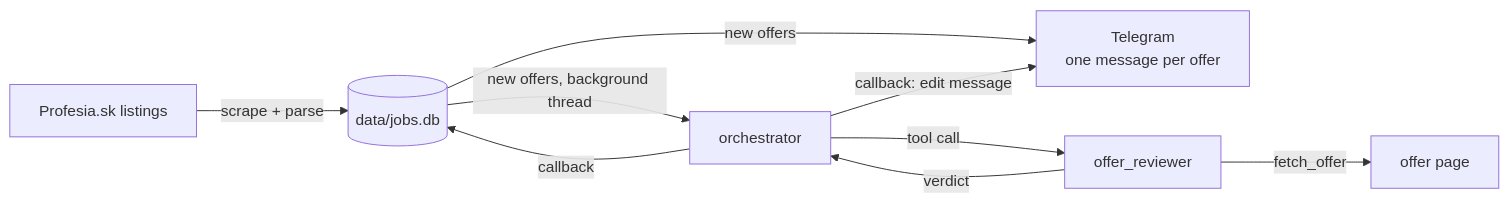
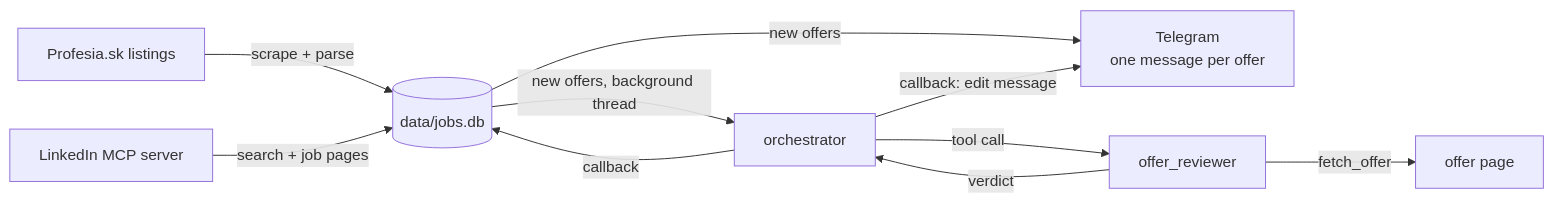
Before and after one commit to hopeless-soul/profesia-job-monitor: the diagram in README.md, drawn with Mermaid. The commit also changed other lines of this file and 17 other files, not shown here.

First line of the commit message:
Add LinkedIn job source via MCP server and retry rate-limited offer fetches

````diff
--- a/README.md
+++ b/README.md
@@ -278,11 +313,12 @@
 ```mermaid
 flowchart LR
     P[Profesia.sk listings] -->|scrape + parse| S[(data/jobs.db)]
+    L[LinkedIn MCP server] -->|search + job pages| S
     S -->|new offers| T[Telegram<br/>one message per offer]
     S -->|new offers, background thread| O[orchestrator]
     O -->|tool call| R[offer_reviewer]
     R -->|fetch_offer| W[offer page]
     R -->|verdict| O
     O -->|callback| S
     O -->|callback: edit message| T
 ```
````
